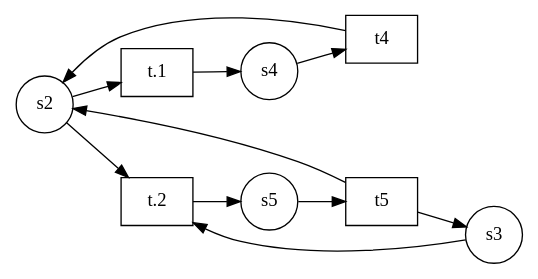
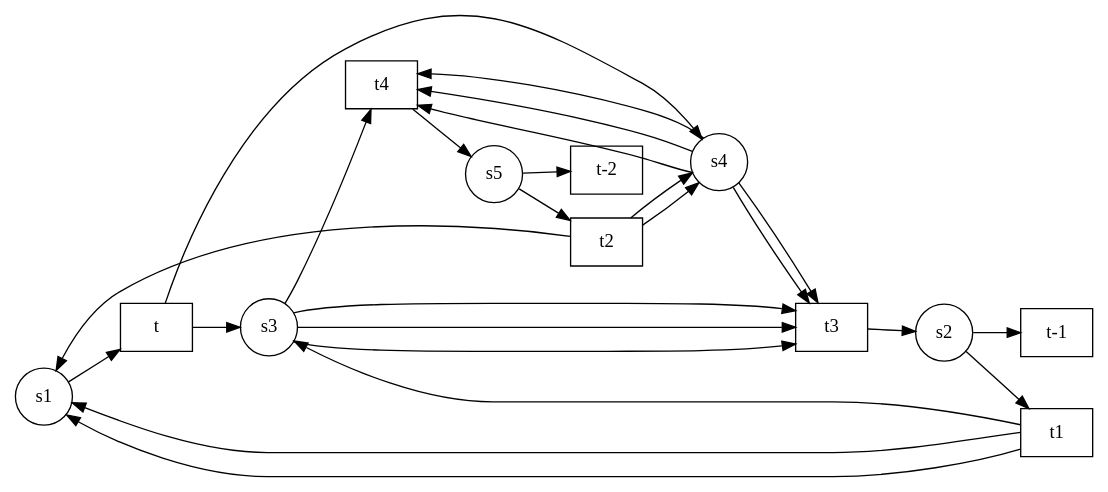
The diagram in Reduktionsalgorithmen/test.gv (dnannen/reduction-of-petri-nets), drawn with Graphviz before and after one commit. The commit also changed 12 other files, not shown here.

```diff
--- a/Reduktionsalgorithmen/test.gv
+++ b/Reduktionsalgorithmen/test.gv
@@ -1,22 +1,40 @@
 digraph petrinet{
 node[shape=circle];
 rankdir=LR;
+"s1";
 "s2";
 "s3";
 "s4";
 "s5";
+"t" [shape=box];
+"t1" [shape=box];
+"t2" [shape=box];
+"t3" [shape=box];
 "t4" [shape=box];
-"t5" [shape=box];
-"t.1" [shape=box];
-"t.2" [shape=box];
-"s2"->"t.1"
-"s2"->"t.2"
-"s3"->"t.2"
+"t-1" [shape=box];
+"t-2" [shape=box];
+"s1"->"t"
+"s2"->"t1"
+"s2"->"t-1"
+"s3"->"t3"
+"s3"->"t3"
+"s3"->"t3"
+"s3"->"t4"
+"s4"->"t3"
+"s4"->"t3"
 "s4"->"t4"
-"s5"->"t5"
-"t4"->"s2"
-"t5"->"s2"
-"t5"->"s3"
-"t.1"->"s4"
-"t.2"->"s5"
+"s4"->"t4"
+"s4"->"t4"
+"s5"->"t2"
+"s5"->"t-2"
+"t"->"s3"
+"t"->"s4"
+"t1"->"s1"
+"t1"->"s1"
+"t1"->"s3"
+"t2"->"s1"
+"t2"->"s4"
+"t2"->"s4"
+"t3"->"s2"
+"t4"->"s5"
 }
```
